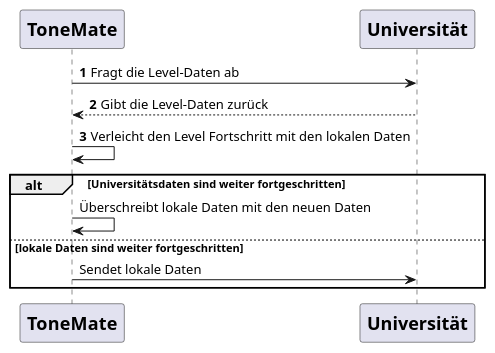
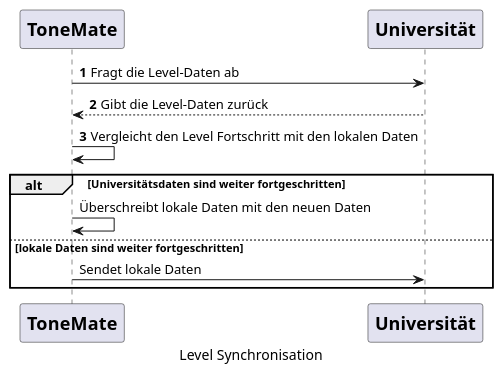
Before and after one commit to BB223/sw-architecture: the diagram in diagrams/laufzeit_levelStart.puml, drawn with PlantUML. The commit also changed 18 other files, not shown here.

```diff
--- a/diagrams/laufzeit_levelStart.puml
+++ b/diagrams/laufzeit_levelStart.puml
@@ -1,27 +1,30 @@
 @startuml
+
+caption Level Synchronisation
+
 autonumber
 participant ToneMate [
     =ToneMate
 ]
 
 participant Uni [
     =Universität
 ]
 
 ToneMate -> Uni: Fragt die Level-Daten ab
 ToneMate <-- Uni: Gibt die Level-Daten zurück
 
-ToneMate -> ToneMate: Verleicht den Level Fortschritt mit den lokalen Daten
+ToneMate -> ToneMate: Vergleicht den Level Fortschritt mit den lokalen Daten
 
 autonumber stop
 alt Universitätsdaten sind weiter fortgeschritten
 
     ToneMate -> ToneMate: Überschreibt lokale Daten mit den neuen Daten
 
 else lokale Daten sind weiter fortgeschritten
 
     ToneMate -> Uni: Sendet lokale Daten
 
 end
 
 @enduml
```
